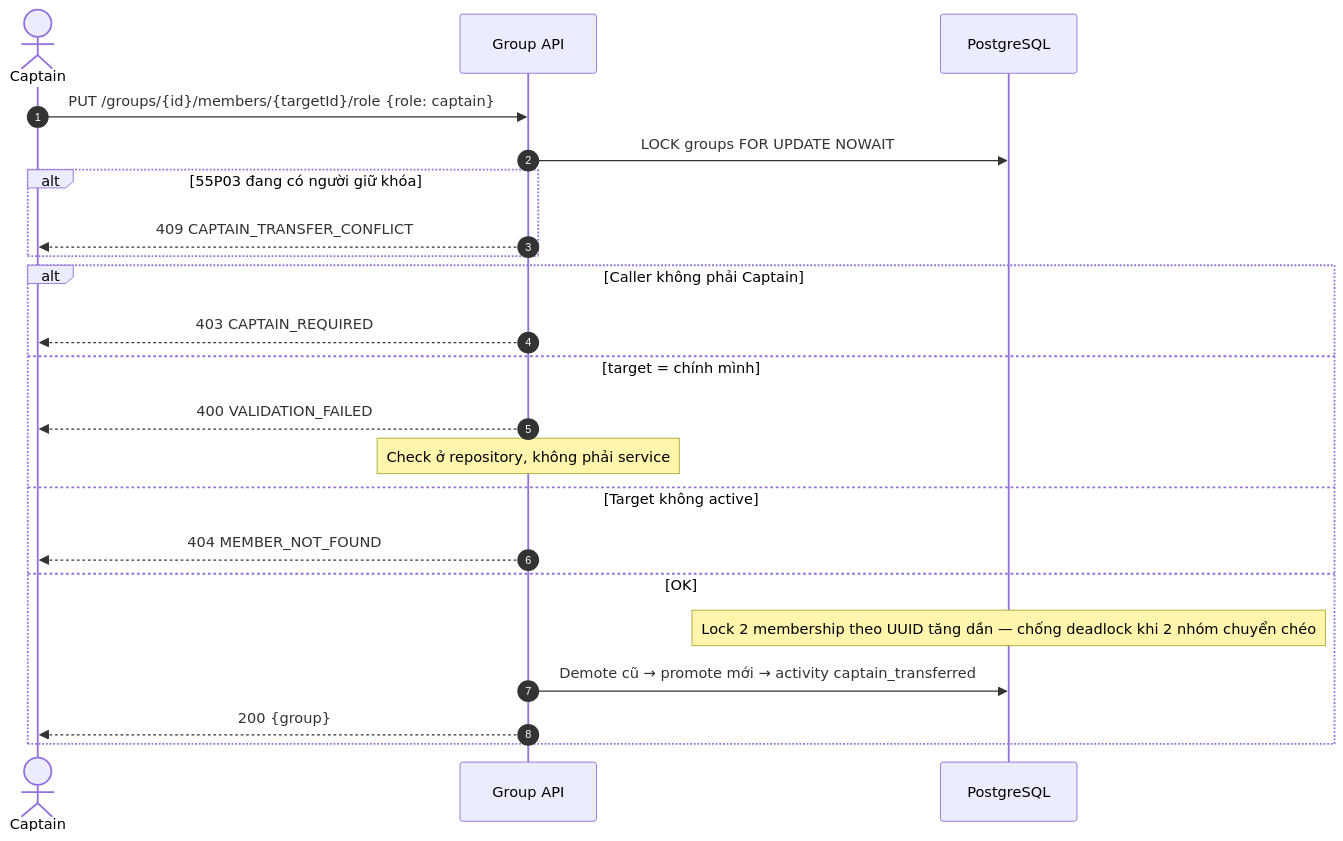
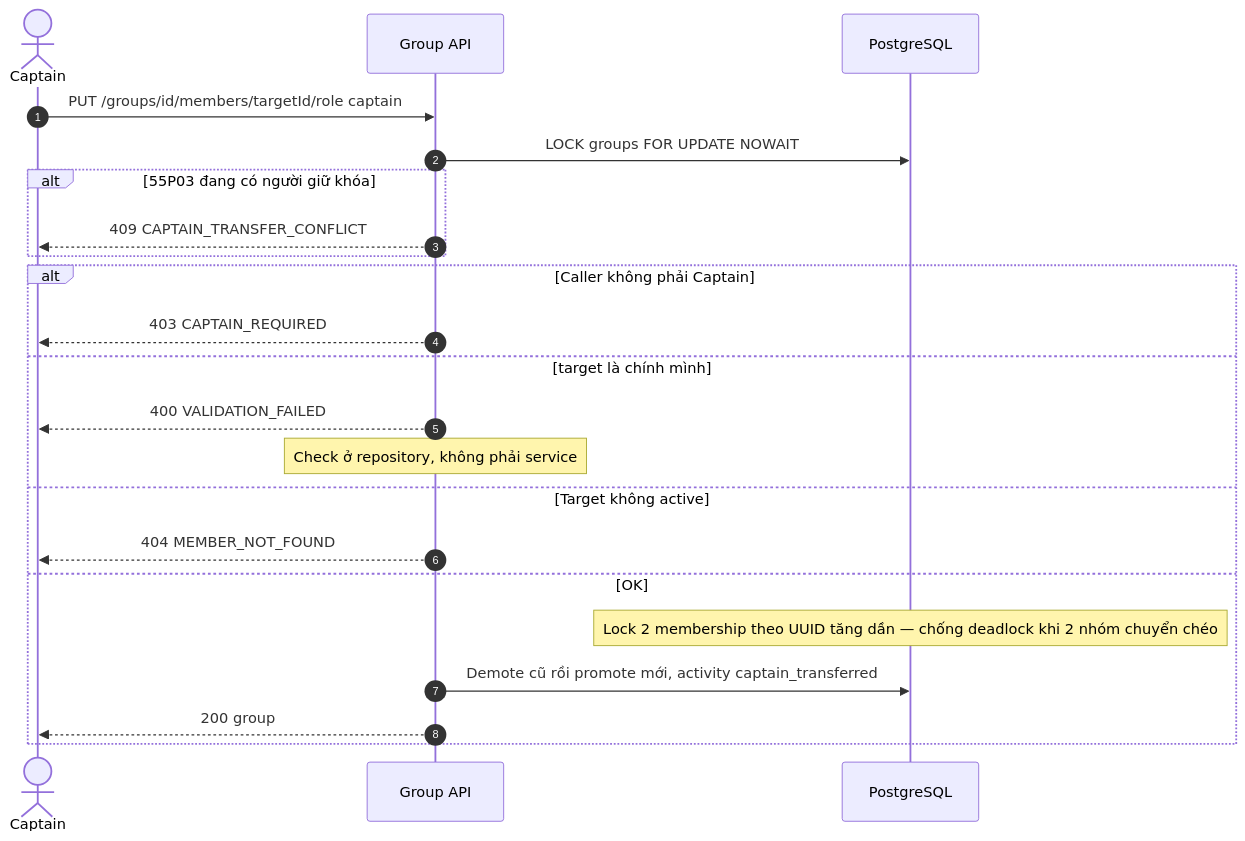
The fourth of 7 diagrams in flow/02-group.md (FintechVSF-Tranning/PaySplit-RP), drawn with Mermaid before and after one commit. The commit also changed other lines of this file and 7 other files, not shown here.

First line of the commit message:
Refactor notification flow and admin management documentation

````diff
--- a/flow/02-group.md
+++ b/flow/02-group.md
@@ -212,25 +246,25 @@
 ```mermaid
 sequenceDiagram
     autonumber
     actor C as Captain
     participant BE as Group API
     participant DB as PostgreSQL
 
-    C->>BE: PUT /groups/{id}/members/{targetId}/role {role: captain}
+    C->>BE: PUT /groups/id/members/targetId/role captain
     BE->>DB: LOCK groups FOR UPDATE NOWAIT
     alt 55P03 đang có người giữ khóa
         BE-->>C: 409 CAPTAIN_TRANSFER_CONFLICT
     end
     alt Caller không phải Captain
         BE-->>C: 403 CAPTAIN_REQUIRED
-    else target = chính mình
+    else target là chính mình
         BE-->>C: 400 VALIDATION_FAILED
         Note over BE: Check ở repository, không phải service
     else Target không active
         BE-->>C: 404 MEMBER_NOT_FOUND
     else OK
         Note over DB: Lock 2 membership theo UUID tăng dần — chống deadlock khi 2 nhóm chuyển chéo
-        BE->>DB: Demote cũ → promote mới → activity captain_transferred
-        BE-->>C: 200 {group}
+        BE->>DB: Demote cũ rồi promote mới, activity captain_transferred
+        BE-->>C: 200 group
     end
 ```
````
